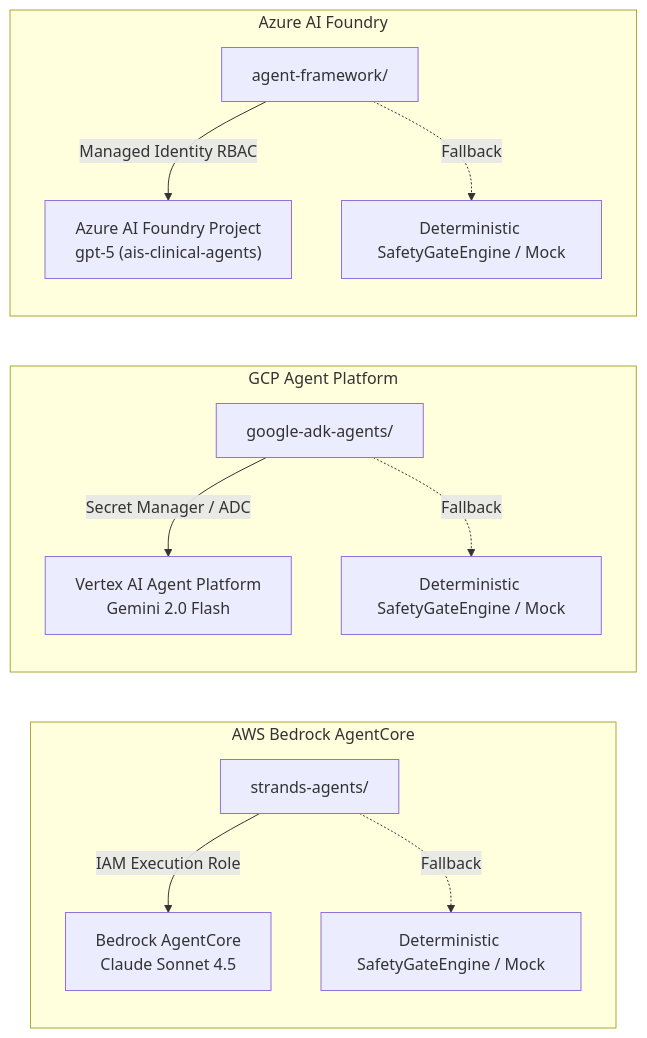
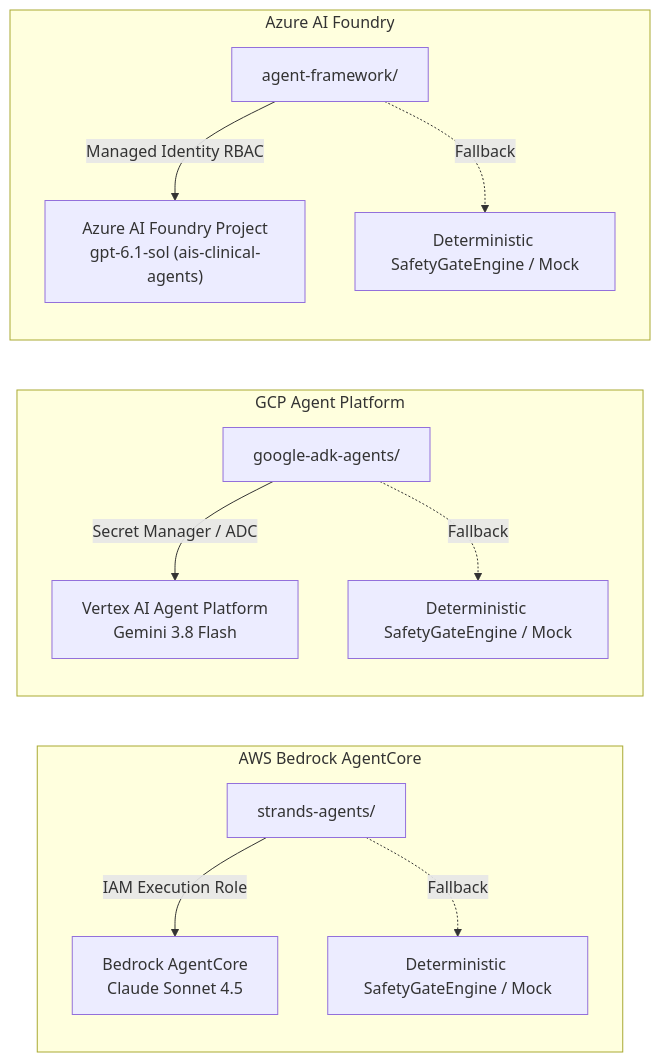
The second of 2 diagrams in deployment/README.md (amitpuri/multiagent-retrieval-gaps), drawn with Mermaid before and after one commit. The commit also changed other lines of this file and 4 other files, not shown here.

````diff
--- a/deployment/README.md
+++ b/deployment/README.md
@@ -66,17 +66,17 @@
 ```mermaid
 flowchart LR
     subgraph AWS_Bedrock["AWS Bedrock AgentCore"]
         Strands["strands-agents/"] -->|IAM Execution Role| Bedrock["Bedrock AgentCore\nClaude Sonnet 4.5"]
         Strands -.->|Fallback| DetMock1["Deterministic SafetyGateEngine / Mock"]
     end
 
     subgraph GCP_Vertex["GCP Agent Platform"]
-        ADK["google-adk-agents/"] -->|Secret Manager / ADC| VertexAI["Vertex AI Agent Platform\nGemini 2.0 Flash"]
+        ADK["google-adk-agents/"] -->|Secret Manager / ADC| VertexAI["Vertex AI Agent Platform\nGemini 3.8 Flash"]
         ADK -.->|Fallback| DetMock2["Deterministic SafetyGateEngine / Mock"]
     end
 
     subgraph Azure_Foundry["Azure AI Foundry"]
-        MAF["agent-framework/"] -->|Managed Identity RBAC| AzureAI["Azure AI Foundry Project\ngpt-5 (ais-clinical-agents)"]
+        MAF["agent-framework/"] -->|Managed Identity RBAC| AzureAI["Azure AI Foundry Project\ngpt-6.1-sol (ais-clinical-agents)"]
         MAF -.->|Fallback| DetMock3["Deterministic SafetyGateEngine / Mock"]
     end
 ```
````
